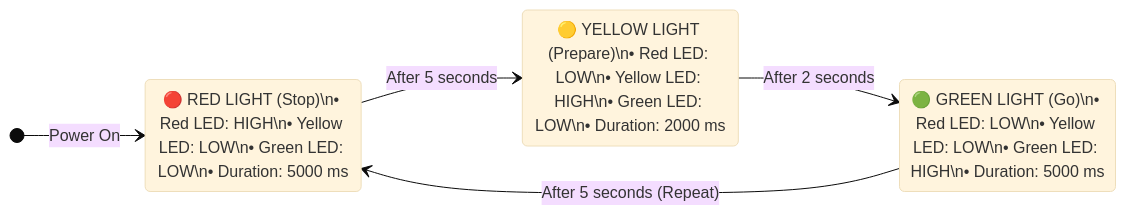
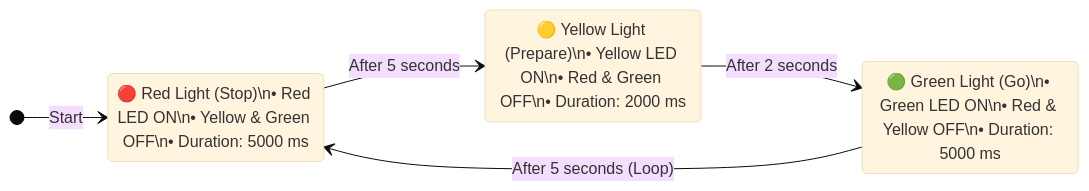
Before and after one commit to Tijil-Das/Micro-Assets: the diagram in CS-Exhibition/Traffic Light/Content.md, drawn with Mermaid (base theme). The commit also changed other lines of this file and 4 other files, not shown here.

````diff
--- a/CS-Exhibition/Traffic Light/Content.md
+++ b/CS-Exhibition/Traffic Light/Content.md
@@ -89,13 +81,13 @@
 ```mermaid
 stateDiagram-v2
     direction LR
-    [*] --> Red_Phase: Power On
+    [*] --> Red_Light: Start
     
-    state "🔴 RED LIGHT (Stop)\n• Red LED: HIGH\n• Yellow LED: LOW\n• Green LED: LOW\n• Duration: 5000 ms" as Red_Phase
-    state "🟡 YELLOW LIGHT (Prepare)\n• Red LED: LOW\n• Yellow LED: HIGH\n• Green LED: LOW\n• Duration: 2000 ms" as Yellow_Phase
-    state "🟢 GREEN LIGHT (Go)\n• Red LED: LOW\n• Yellow LED: LOW\n• Green LED: HIGH\n• Duration: 5000 ms" as Green_Phase
+    state "🔴 Red Light (Stop)\n• Red LED ON\n• Yellow & Green OFF\n• Duration: 5000 ms" as Red_Light
+    state "🟡 Yellow Light (Prepare)\n• Yellow LED ON\n• Red & Green OFF\n• Duration: 2000 ms" as Yellow_Light
+    state "🟢 Green Light (Go)\n• Green LED ON\n• Red & Yellow OFF\n• Duration: 5000 ms" as Green_Light
 
-    Red_Phase --> Yellow_Phase: After 5 seconds
-    Yellow_Phase --> Green_Phase: After 2 seconds
-    Green_Phase --> Red_Phase: After 5 seconds (Repeat)
+    Red_Light --> Yellow_Light: After 5 seconds
+    Yellow_Light --> Green_Light: After 2 seconds
+    Green_Light --> Red_Light: After 5 seconds (Loop)
 ```
````
